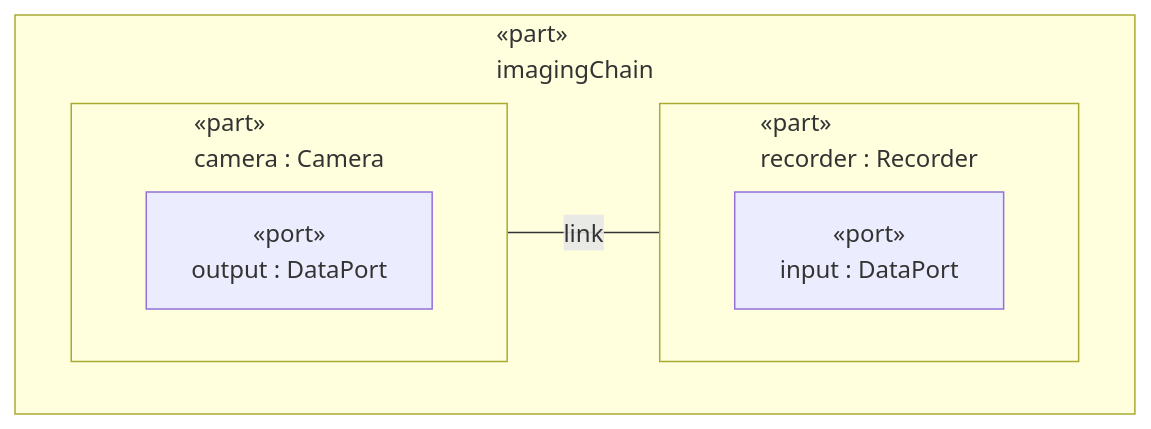
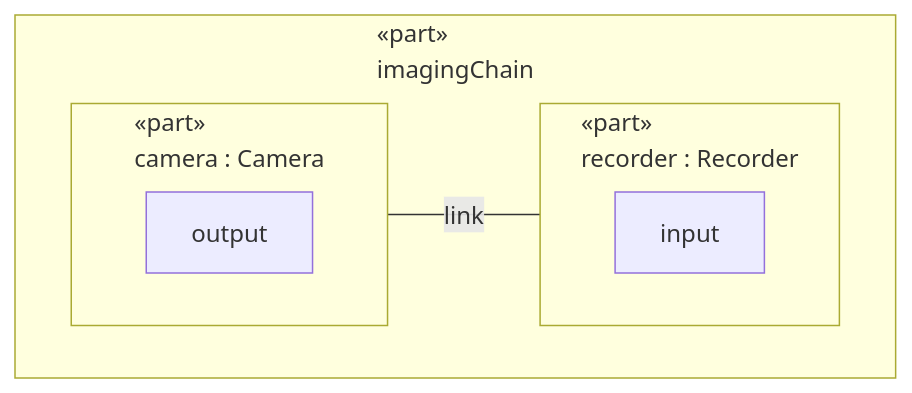
One commit to Open-MBEE/OpenSysML changed the first of 2 diagrams in docs/manual/examples/observatory.md. Above: the diagram before and after it, drawn with Mermaid. The commit also changed 60 other files, not shown here.

````diff
--- a/docs/manual/examples/observatory.md
+++ b/docs/manual/examples/observatory.md
@@ -59,23 +59,23 @@
 ```mermaid
 ---
 config:
   themeCSS: ".cluster-label .nodeLabel { text-align: center; }"
   flowchart:
     subGraphTitleMargin:
       bottom: 24
 ---
 %% Observatory::interconnectView — interconnection rendering (render asInterconnectionDiagram)
 flowchart LR
   subgraph n0 ["«part»<br>imagingChain"]
     direction LR
     subgraph n1 ["«part»<br>camera : Camera"]
       direction LR
-      n1.0["«port»<br>output : DataPort"]
+      n1.0["output"]
     end
     subgraph n2 ["«part»<br>recorder : Recorder"]
       direction LR
-      n2.0["«port»<br>input : DataPort"]
+      n2.0["input"]
     end
   end
   n1.0 ---|"link"| n2.0
 ```
````
